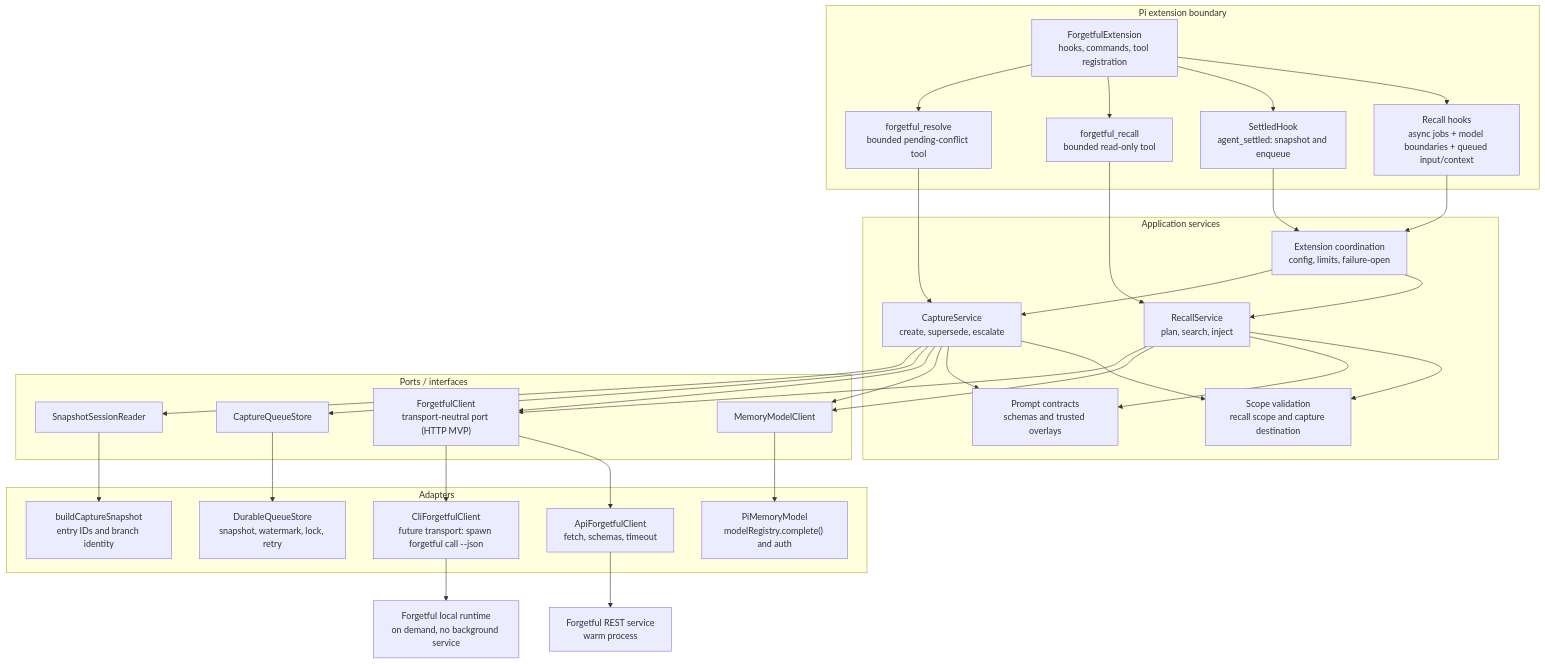
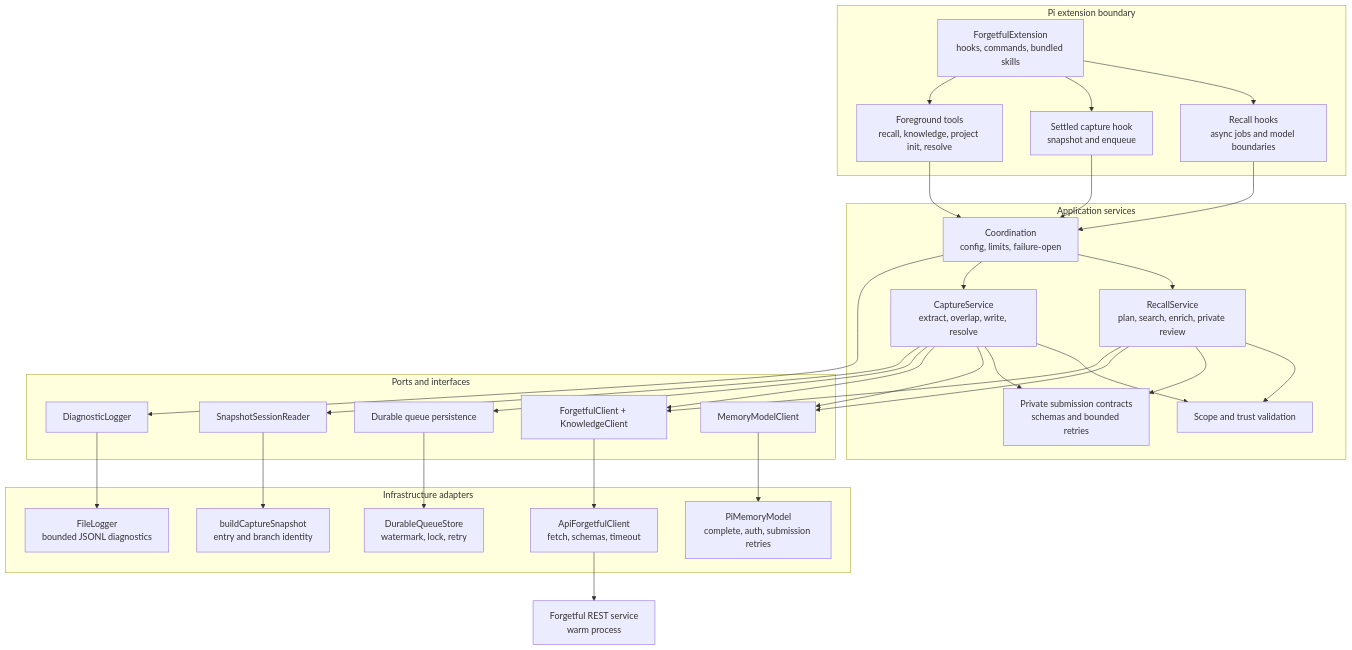
Before and after one commit to ScottRBK/pi-forgetful-extension: the diagram in AGENTS.md, drawn with Mermaid. The commit also changed other lines of this file and 2 other files, not shown here.

````diff
--- a/AGENTS.md
+++ b/AGENTS.md
@@ -33,61 +41,59 @@
 ```mermaid
 flowchart TB
   subgraph PI["Pi extension boundary"]
-    E["ForgetfulExtension\nhooks, commands, tool registration"]
-    R["Recall hooks\nasync jobs + model boundaries + queued input/context"]
-    S["SettledHook\nagent_settled: snapshot and enqueue"]
-    T["forgetful_recall\nbounded read-only tool"]
-    U["forgetful_resolve\nbounded pending-conflict tool"]
+    E["ForgetfulExtension\nhooks, commands, bundled skills"]
+    R["Recall hooks\nasync jobs and model boundaries"]
+    S["Settled capture hook\nsnapshot and enqueue"]
+    T["Foreground tools\nrecall, knowledge, project init, resolve"]
     E --> R
     E --> S
     E --> T
-    E --> U
   end
 
   subgraph CORE["Application services"]
-    C["Extension coordination\nconfig, limits, failure-open"]
-    RS["RecallService\nplan, search, inject"]
-    CS["CaptureService\ncreate, supersede, escalate"]
-    SP["Scope validation\nrecall scope and capture destination"]
-    PP["Prompt contracts\nschemas and trusted overlays"]
+    C["Coordination\nconfig, limits, failure-open"]
+    RS["RecallService\nplan, search, enrich, private review"]
+    CS["CaptureService\nextract, overlap, write, resolve"]
+    SP["Scope and trust validation"]
+    PP["Private submission contracts\nschemas and bounded retries"]
     C --> RS
     C --> CS
     RS --> SP
     RS --> PP
     CS --> SP
     CS --> PP
   end
 
-  subgraph PORTS["Ports / interfaces"]
+  subgraph PORTS["Ports and interfaces"]
     MM["MemoryModelClient"]
-    FM["ForgetfulClient\ntransport-neutral port (HTTP MVP)"]
-    QS["CaptureQueueStore"]
+    FM["ForgetfulClient + KnowledgeClient"]
+    QS["Durable queue persistence"]
     SR["SnapshotSessionReader"]
+    DL["DiagnosticLogger"]
   end
 
-  subgraph ADAPTERS["Adapters"]
-    PM["PiMemoryModel\nmodelRegistry.complete() and auth"]
+  subgraph ADAPTERS["Infrastructure adapters"]
+    PM["PiMemoryModel\ncomplete, auth, submission retries"]
     API["ApiForgetfulClient\nfetch, schemas, timeout"]
-    CLI["CliForgetfulClient\nfuture transport: spawn forgetful call --json"]
-    DS["DurableQueueStore\nsnapshot, watermark, lock, retry"]
-    PS["buildCaptureSnapshot\nentry IDs and branch identity"]
+    DS["DurableQueueStore\nwatermark, lock, retry"]
+    PS["buildCaptureSnapshot\nentry and branch identity"]
+    FL["FileLogger\nbounded JSONL diagnostics"]
   end
 
   R --> C
   S --> C
-  T --> RS
-  U --> CS
+  T --> C
   RS --> MM
   RS --> FM
   CS --> MM
   CS --> FM
   CS --> QS
   CS --> SR
+  C --> DL
   MM --> PM
   FM --> API
-  FM --> CLI
   QS --> DS
   SR --> PS
+  DL --> FL
   API --> REST["Forgetful REST service\nwarm process"]
-  CLI --> LOCAL["Forgetful local runtime\non demand, no background service"]
 ```
````
